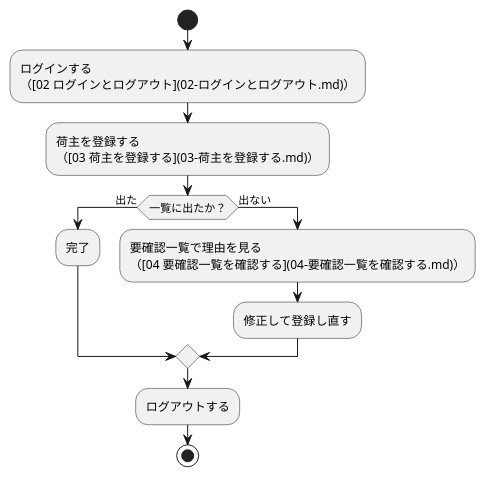
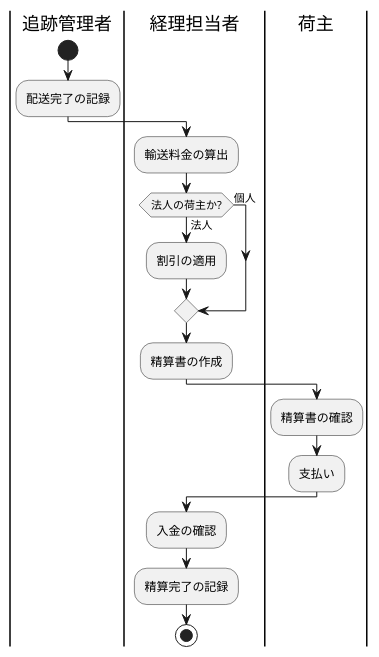
The fifth of 5 diagrams in docs/manual/01-業務フロー.md (k2works/case-study-cargo-tracker), drawn with PlantUML before and after one commit. The commit also changed other lines of this file, not shown here.

````diff
--- a/docs/manual/01-業務フロー.md
+++ b/docs/manual/01-業務フロー.md
@@ -16,15 +206,24 @@
 ```plantuml
 @startuml
+|追跡管理者|
 start
-:ログインする\n（[02 ログインとログアウト](02-ログインとログアウト.md)）;
-:荷主を登録する\n（[03 荷主を登録する](03-荷主を登録する.md)）;
-if (一覧に出たか？) then (出た)
-  :完了;
-else (出ない)
-  :要確認一覧で理由を見る\n（[04 要確認一覧を確認する](04-要確認一覧を確認する.md)）;
-  :修正して登録し直す;
+:配送完了の記録;
+
+|経理担当者|
+:輸送料金の算出;
+if (法人の荷主か?) then (法人)
+  :割引の適用;
+else (個人)
 endif
-:ログアウトする;
+:精算書の作成;
+
+|荷主|
+:精算書の確認;
+:支払い;
+
+|経理担当者|
+:入金の確認;
+:精算完了の記録;
 stop
 @enduml
 ```
````
